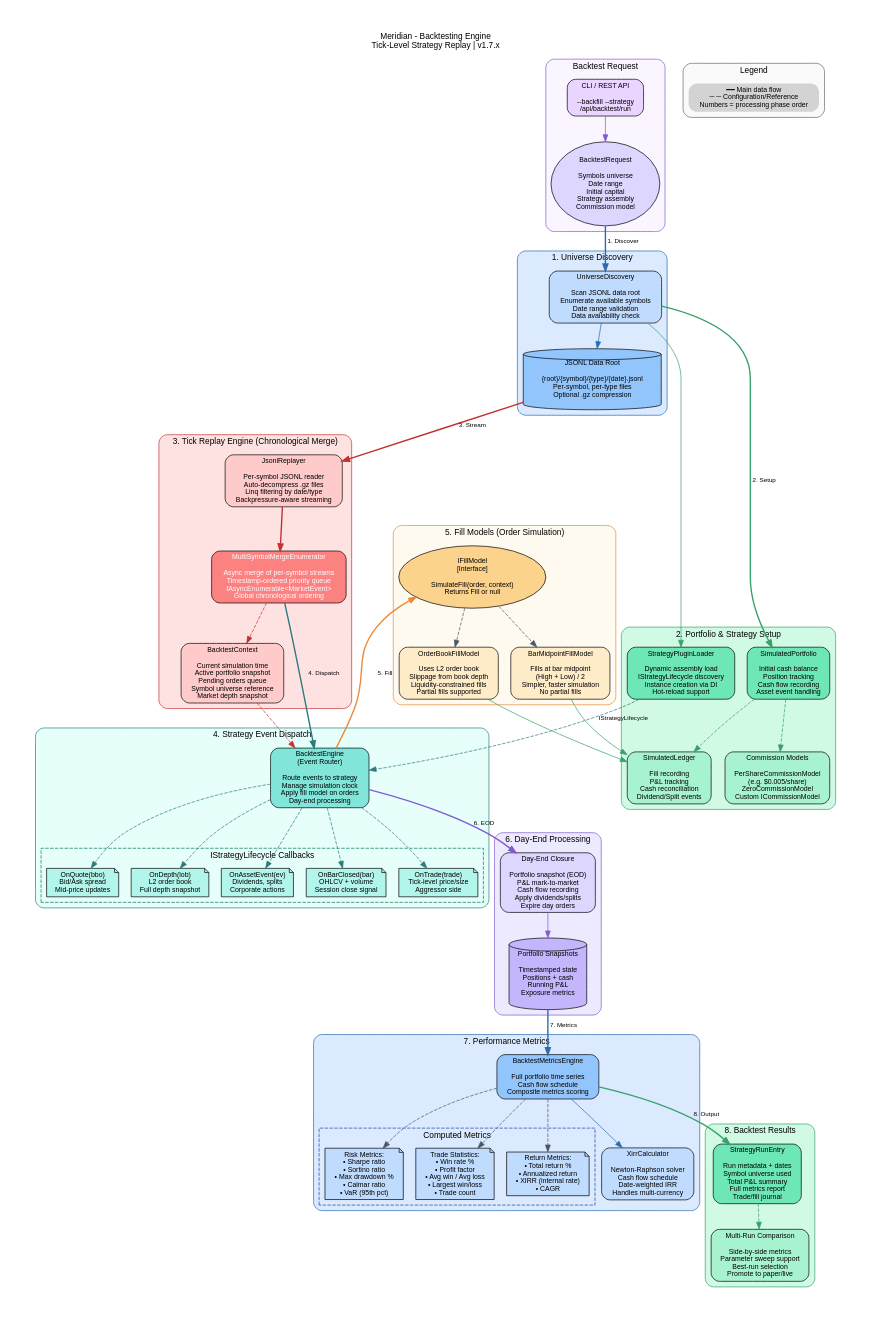
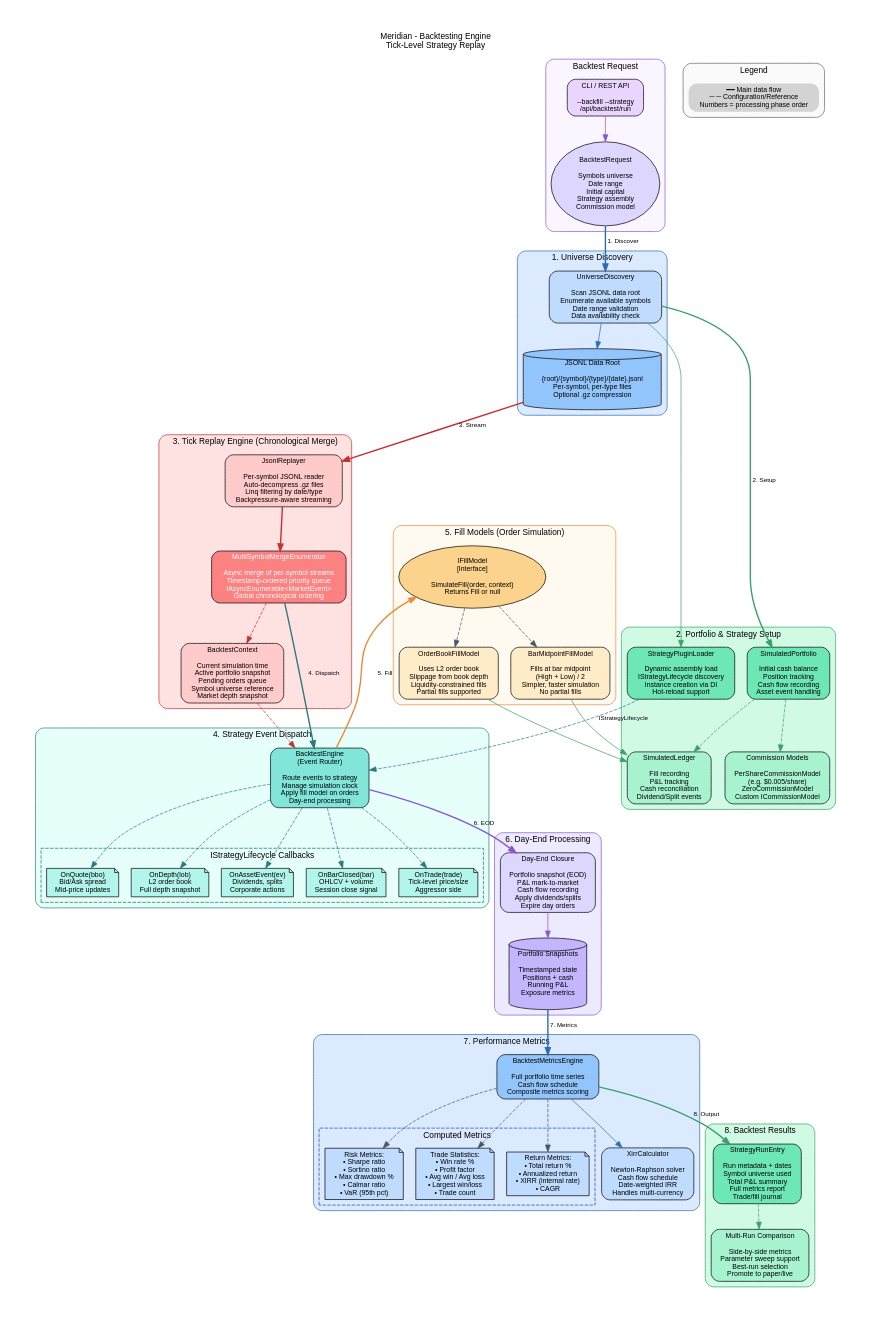
The diagram in docs/diagrams/analytics/backtesting-engine.dot (rodoHasArrived/Meridian-main), drawn with Graphviz before and after one commit. The commit also changed 85 other files, not shown here.

First line of the commit message:
Regenerate diagrams and add ledger tests

```diff
--- a/docs/diagrams/analytics/backtesting-engine.dot
+++ b/docs/diagrams/analytics/backtesting-engine.dot
@@ -1,6 +1,6 @@
 // Backtesting Engine Diagram
-// Meridian v1.7.x
-// Last Updated: 2026-03-23
+// Meridian current project state
+// Last Updated: 2026-05-28
 //
 // This diagram shows the backtesting engine architecture: universe discovery,
 // chronological tick replay, fill models, portfolio simulation, and metrics.
@@ -16,7 +16,7 @@
 
   // Title
   labelloc="t";
-  label="Meridian - Backtesting Engine\nTick-Level Strategy Replay | v1.7.x";
+  label="Meridian - Backtesting Engine\nTick-Level Strategy Replay";
 
   // Input
   subgraph cluster_input {
```
